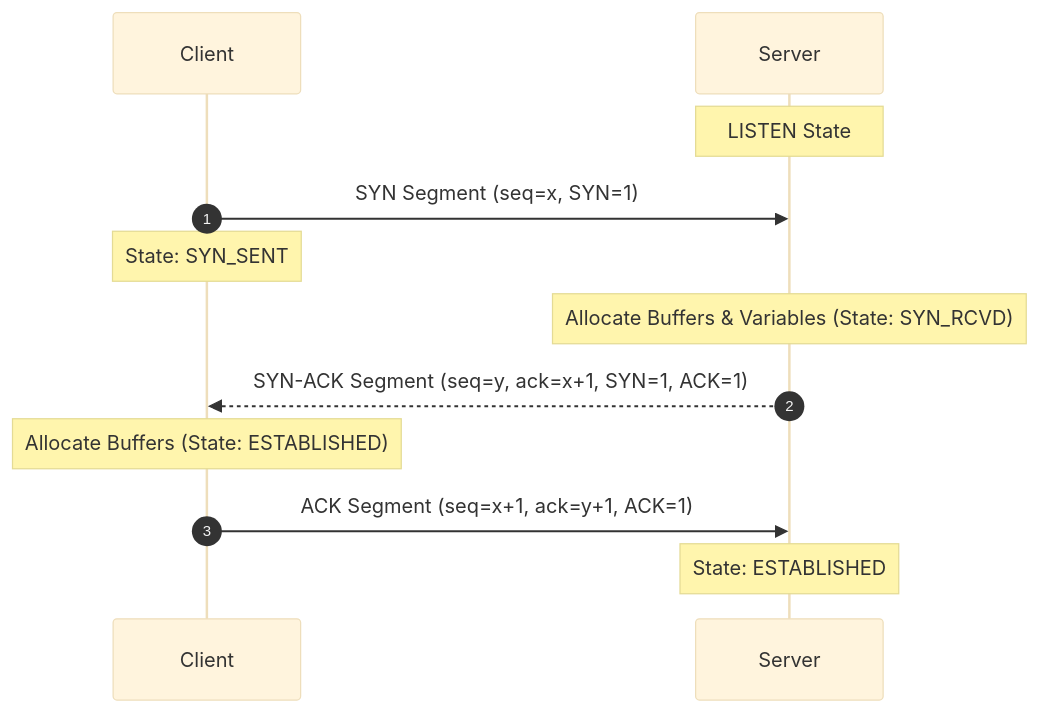
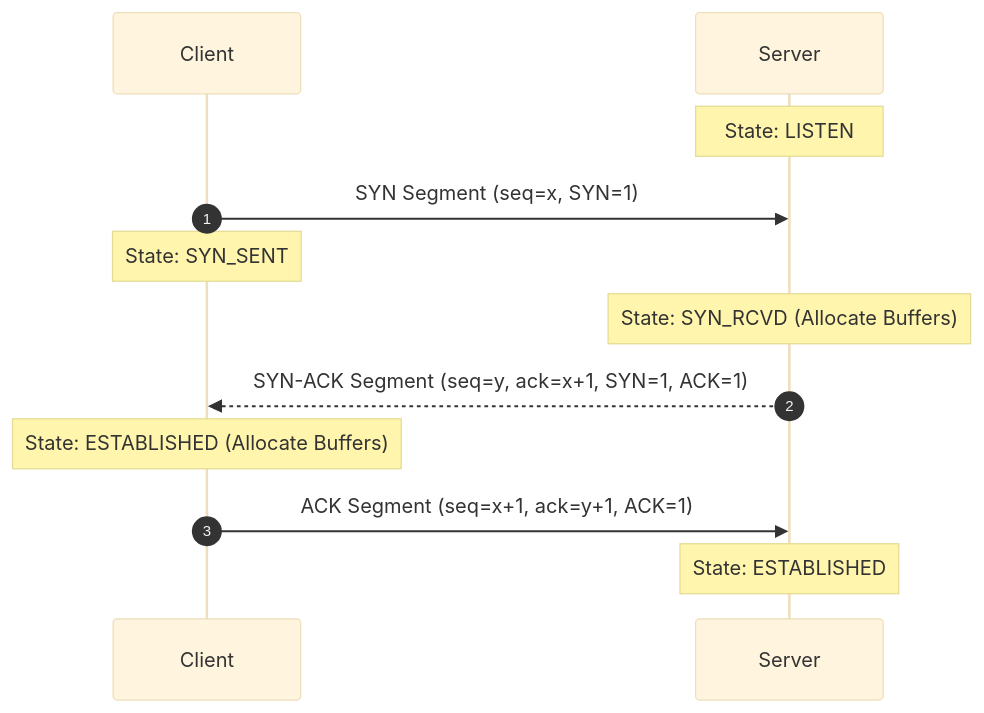
Before and after one commit to kanomoo/computer-network-and-Internet: the sixth of 11 diagrams in Wiki/Chapter 3 - Transport Layer.md, drawn with Mermaid (base theme). The commit also changed other lines of this file and 9 other files, not shown here.

````diff
--- a/Wiki/Chapter 3 - Transport Layer.md
+++ b/Wiki/Chapter 3 - Transport Layer.md
@@ -268,15 +263,15 @@
 ```mermaid
 sequenceDiagram
     autonumber
     participant Client
     participant Server
 
-    Note over Server: LISTEN State
+    Note over Server: State: LISTEN
     Client->>Server: SYN Segment (seq=x, SYN=1)
     Note over Client: State: SYN_SENT
-    Note over Server: Allocate Buffers & Variables (State: SYN_RCVD)
+    Note over Server: State: SYN_RCVD (Allocate Buffers)
     Server-->>Client: SYN-ACK Segment (seq=y, ack=x+1, SYN=1, ACK=1)
-    Note over Client: Allocate Buffers (State: ESTABLISHED)
+    Note over Client: State: ESTABLISHED (Allocate Buffers)
     Client->>Server: ACK Segment (seq=x+1, ack=y+1, ACK=1)
     Note over Server: State: ESTABLISHED
 ```
````
